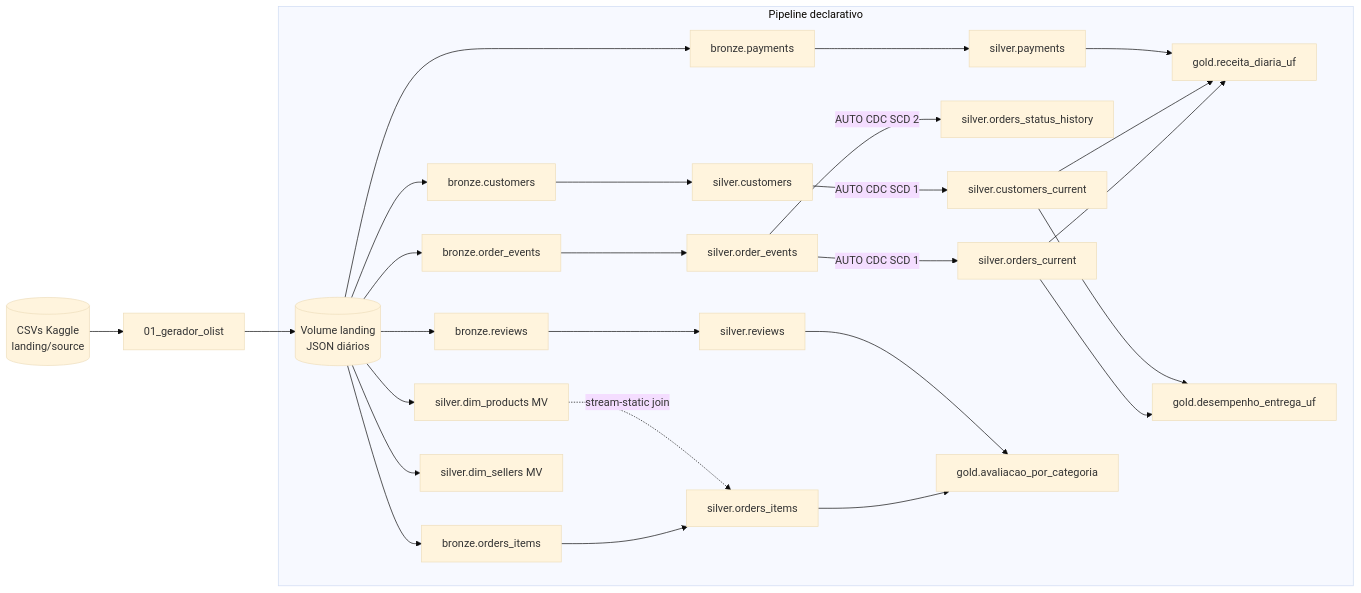
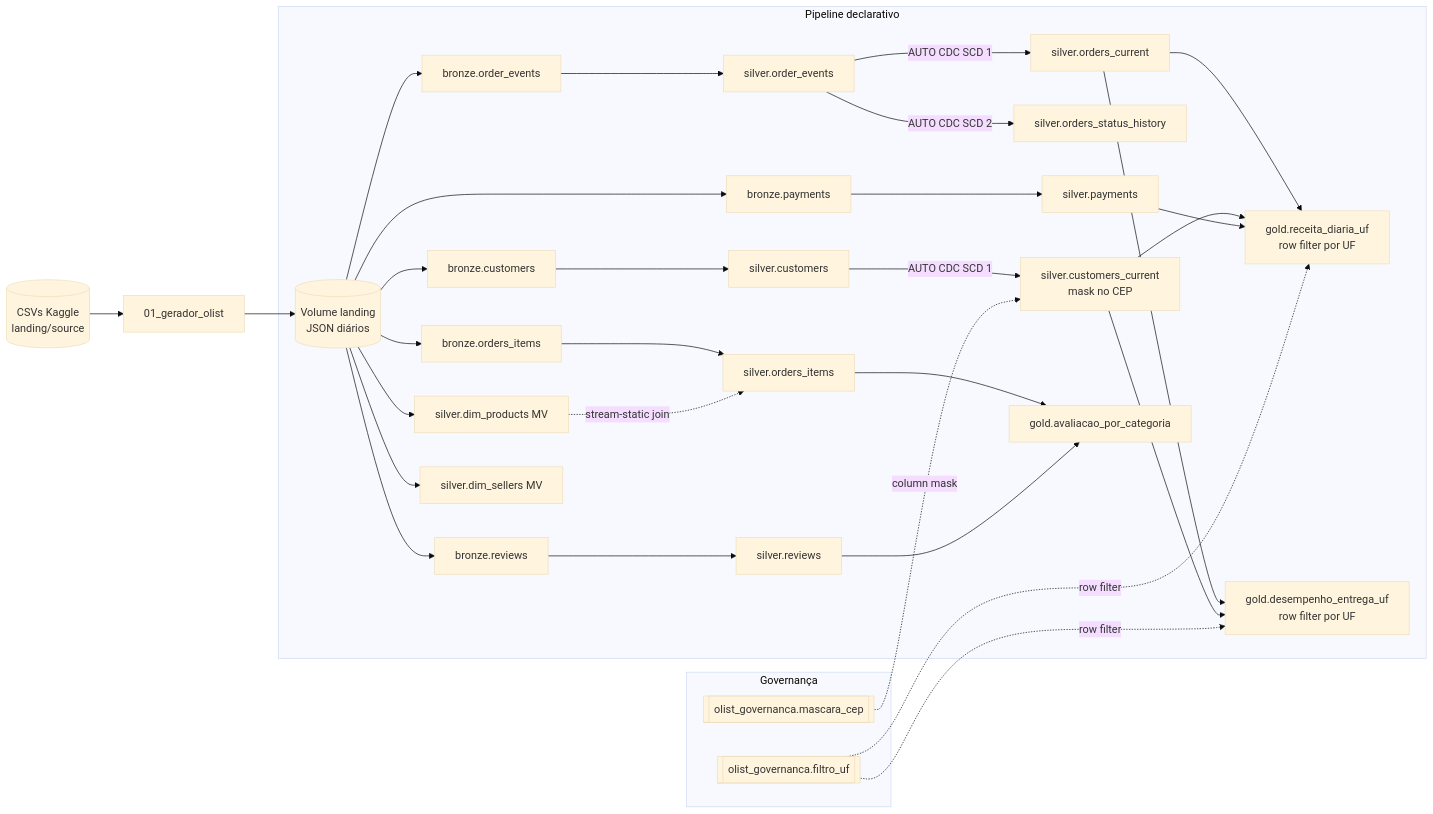
Before and after one commit to BrunoOlivei/databricks-lakeflow-pipeline: the diagram in README.md, drawn with Mermaid (base theme). The commit also changed other lines of this file and 1 other file, not shown here.

````diff
--- a/README.md
+++ b/README.md
@@ -19,33 +20,39 @@
 ```mermaid
 graph LR
   CSV[(CSVs Kaggle<br/>landing/source)] --> GEN[01_gerador_olist]
   GEN --> V[(Volume landing<br/>JSON diários)]
 
   subgraph Pipeline declarativo
     V --> B1[bronze.order_events]
     V --> B2[bronze.orders_items]
     V --> B3[bronze.payments]
     V --> B4[bronze.reviews]
     V --> B5[bronze.customers]
     V --> D1[silver.dim_products MV]
     V --> D2[silver.dim_sellers MV]
 
     B1 --> S1[silver.order_events]
     S1 -- AUTO CDC SCD 1 --> C1[silver.orders_current]
     S1 -- AUTO CDC SCD 2 --> C2[silver.orders_status_history]
     B2 --> S2[silver.orders_items]
     D1 -. stream-static join .-> S2
     B3 --> S3[silver.payments]
     B4 --> S4[silver.reviews]
     B5 --> S5[silver.customers]
-    S5 -- AUTO CDC SCD 1 --> C3[silver.customers_current]
+    S5 -- AUTO CDC SCD 1 --> C3[silver.customers_current<br/>mask no CEP]
 
-    C1 --> G1[gold.receita_diaria_uf]
+    C1 --> G1[gold.receita_diaria_uf<br/>row filter por UF]
     C3 --> G1
     S3 --> G1
-    C1 --> G2[gold.desempenho_entrega_uf]
+    C1 --> G2[gold.desempenho_entrega_uf<br/>row filter por UF]
     C3 --> G2
     S2 --> G3[gold.avaliacao_por_categoria]
     S4 --> G3
   end
+
+  subgraph Governança
+    F1[[olist_governanca.filtro_uf]] -. row filter .-> G1
+    F1 -. row filter .-> G2
+    F2[[olist_governanca.mascara_cep]] -. column mask .-> C3
+  end
 ```
````
